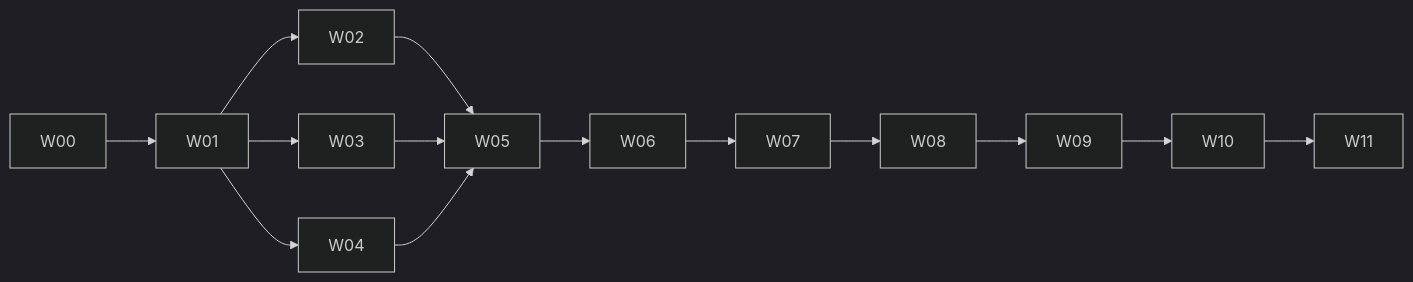
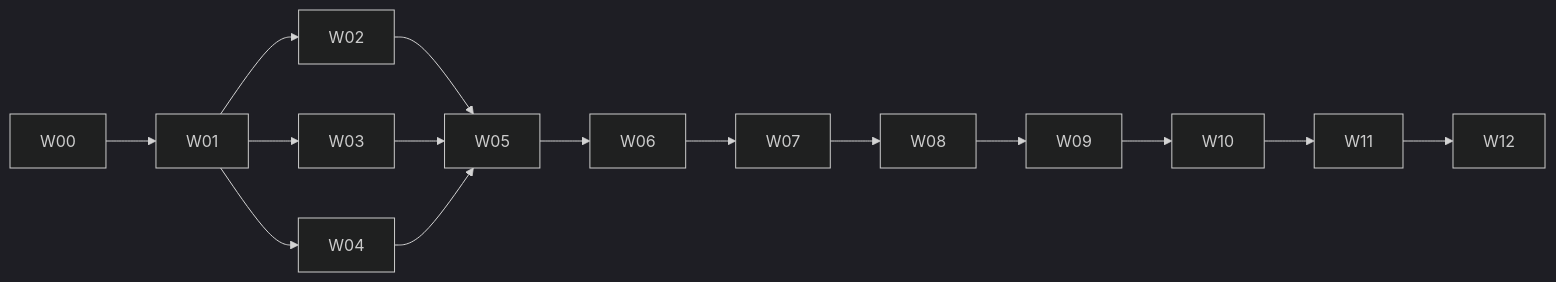
Before and after one commit to sisyphe550/Temperature-monitoring: the diagram in docs/23-execution-task-breakdown.md, drawn with Mermaid (dark theme). The commit also changed other lines of this file and 78 other files, not shown here.

````diff
--- a/docs/23-execution-task-breakdown.md
+++ b/docs/23-execution-task-breakdown.md
@@ -59,11 +59,11 @@
 ```mermaid
 flowchart LR
   W00 --> W01
   W01 --> W02
   W01 --> W03
   W01 --> W04
   W02 --> W05
   W03 --> W05
   W04 --> W05
-  W05 --> W06 --> W07 --> W08 --> W09 --> W10 --> W11
+  W05 --> W06 --> W07 --> W08 --> W09 --> W10 --> W11 --> W12
 ```
````
